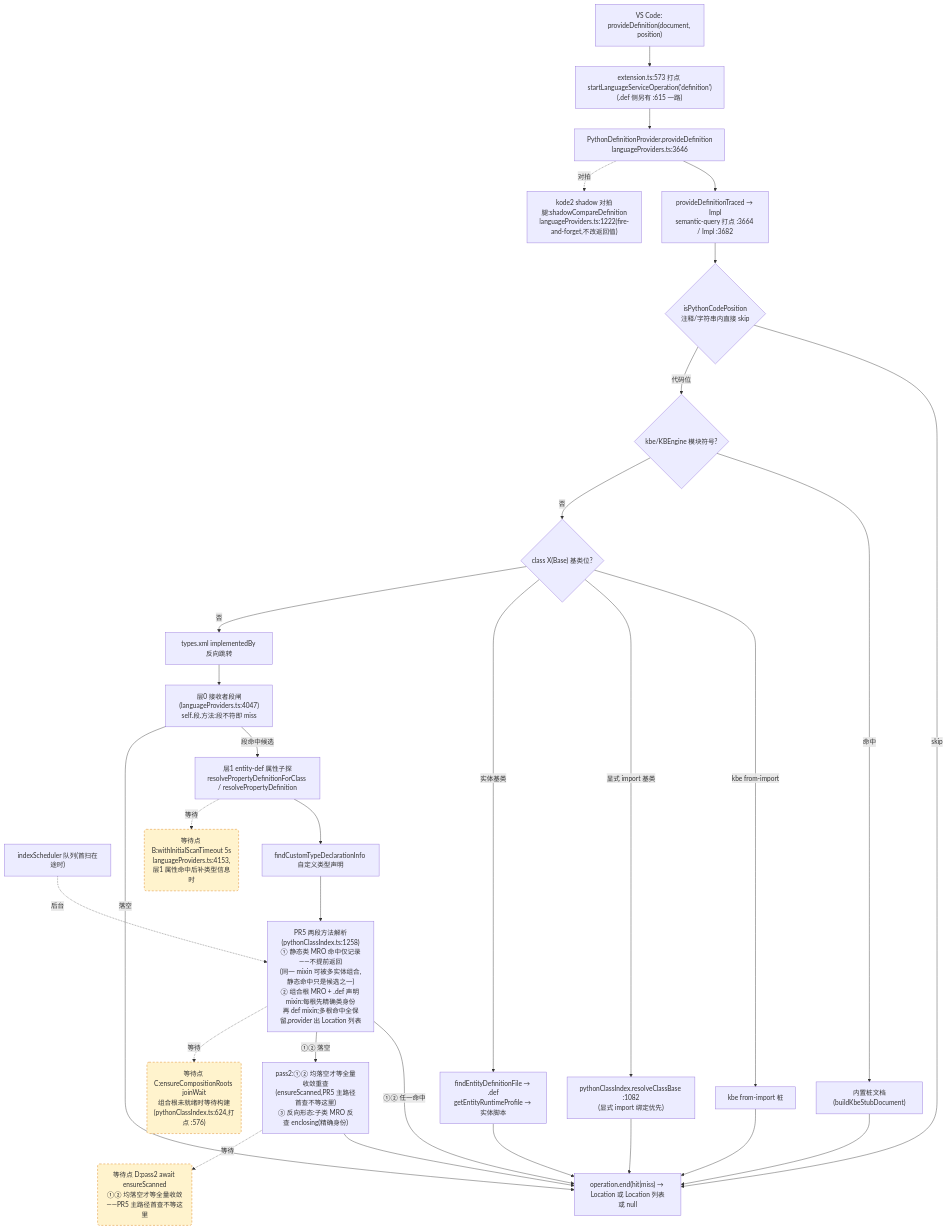
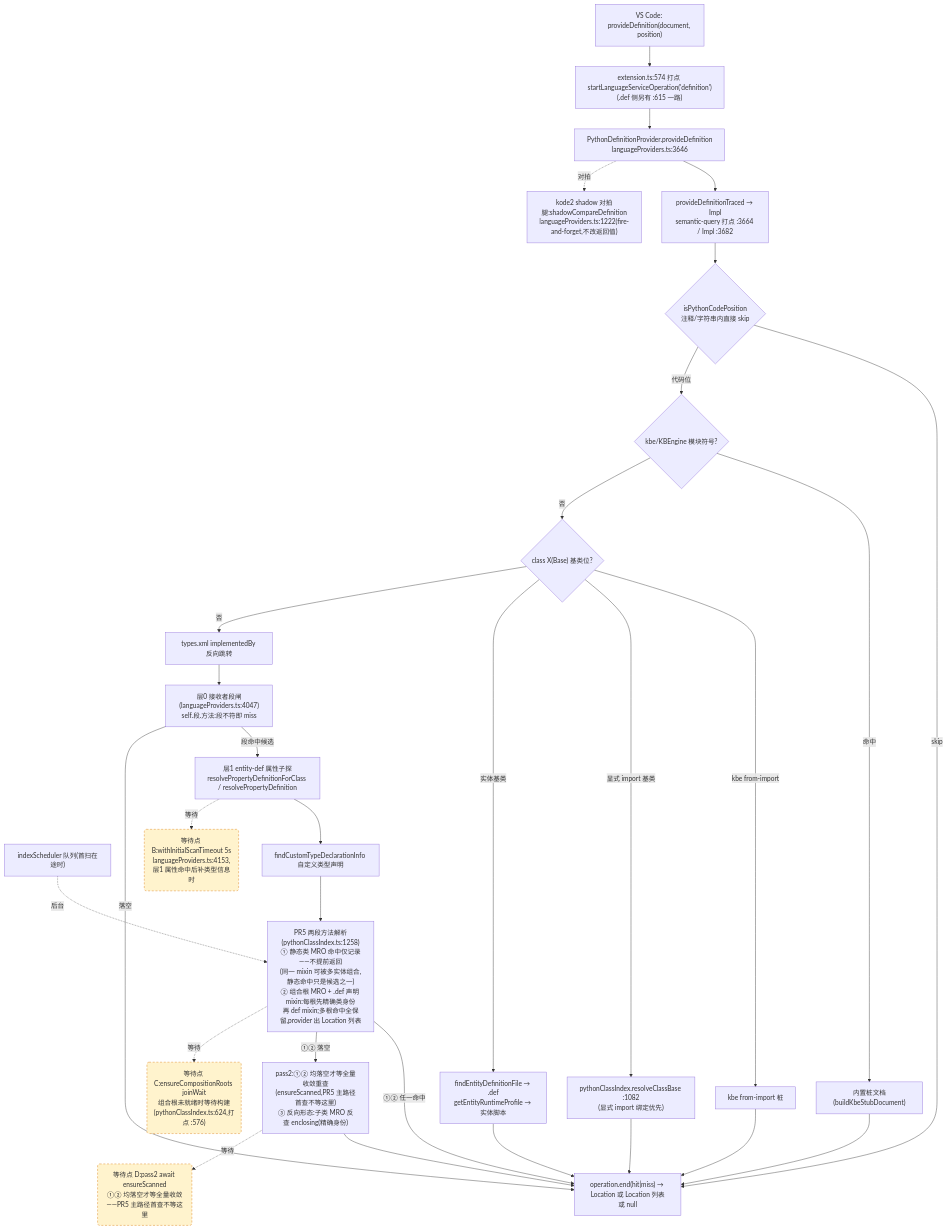
One commit to cuihairu/kode changed the second of 4 diagrams in docs/perf/2026-baseline.md. Above: the diagram before and after it, drawn with Mermaid. The commit also changed other lines of this file and 5 other files, not shown here.

````diff
--- a/docs/perf/2026-baseline.md
+++ b/docs/perf/2026-baseline.md
@@ -130,51 +130,51 @@
 ```mermaid
 flowchart TD
   VC2["VS Code: provideDefinition(document, position)"]
-  M2["extension.ts:573 打点 startLanguageServiceOperation('definition')<br/>(.def 侧另有 :615 一路)"]
+  M2["extension.ts:574 打点 startLanguageServiceOperation('definition')<br/>(.def 侧另有 :615 一路)"]
   AD2["PythonDefinitionProvider.provideDefinition<br/>languageProviders.ts:3646"]
   TR["provideDefinitionTraced → Impl<br/>semantic-query 打点 :3664 / Impl :3682"]
   CTX{"isPythonCodePosition<br/>注释/字符串内直接 skip"}
   KBE{"kbe/KBEngine 模块符号?"}
   STUB["内置桩文档(buildKbeStubDocument)"]
   CB{"class X(Base) 基类位?"}
   CB1["kbe from-import 桩"]
   CB2["pythonClassIndex.resolveClassBase :1082<br/>(显式 import 绑定优先)"]
   CB3["findEntityDefinitionFile → .def<br/>getEntityRuntimeProfile → 实体脚本"]
   REV["types.xml implementedBy 反向跳转"]
   L0["层0 接收者段闸(languageProviders.ts:4047)<br/>self.段.方法:段不符即 miss"]
   L1["层1 entity-def 属性子探<br/>resolvePropertyDefinitionForClass / resolvePropertyDefinition"]
   SCAN["indexScheduler 队列(首扫在途时)"]
   TY["findCustomTypeDeclarationInfo 自定义类型声明"]
   MRO["PR5 两段方法解析(pythonClassIndex.ts:1258)<br/>① 静态类 MRO 命中仅记录——不提前返回<br/>(同一 mixin 可被多实体组合,静态命中只是候选之一)<br/>② 组合根 MRO + .def 声明 mixin:每根先精确类身份<br/>再 def mixin;多根命中全保留,provider 出 Location 列表"]
   PASS2["pass2:①② 均落空才等全量收敛重查<br/>(ensureScanned,PR5 主路径首查不等这里)<br/>③ 反向形态:子类 MRO 反查 enclosing(精确身份)"]
   SHD["kode2 shadow 对拍腿:shadowCompareDefinition<br/>languageProviders.ts:1222(fire-and-forget,不改返回值)"]
   END2["operation.end(hit|miss) → Location 或 Location 列表或 null"]
 
   VC2 --> M2 --> AD2 --> TR --> CTX
   CTX -- "skip" --> END2
   CTX -- "代码位" --> KBE
   KBE -- "命中" --> STUB --> END2
   KBE -- "否" --> CB
   CB -- "kbe from-import" --> CB1 --> END2
   CB -- "显式 import 基类" --> CB2 --> END2
   CB -- "实体基类" --> CB3 --> END2
   CB -- "否" --> REV --> L0
   L0 -- "段命中候选" --> L1
   L0 -- "落空" --> END2
   L1 --> TY
   TY --> MRO
   MRO -- "①② 任一命中" --> END2
   MRO -- "①② 落空" --> PASS2 --> END2
   AD2 -.->|对拍| SHD
 
   WAITB("等待点 B:withInitialScanTimeout 5s<br/>languageProviders.ts:4153,层1 属性命中后补类型信息时")
   WAITC("等待点 C:ensureCompositionRoots joinWait<br/>组合根未就绪时等待构建(pythonClassIndex.ts:624,打点 :576)")
   WAITD("等待点 D:pass2 await ensureScanned<br/>①② 均落空才等全量收敛——PR5 主路径首查不等这里")
   L1 -.->|等待| WAITB
   MRO -.->|等待| WAITC
   PASS2 -.->|等待| WAITD
   SCAN -.->|后台| MRO
 
   classDef waitPoint fill:#fff3cd,stroke:#d97706,stroke-dasharray:5 4;
   class WAITB,WAITC,WAITD waitPoint;
 ```
````
